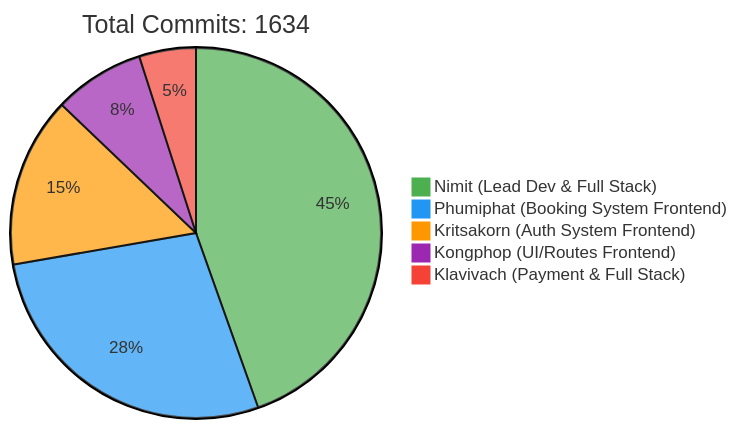
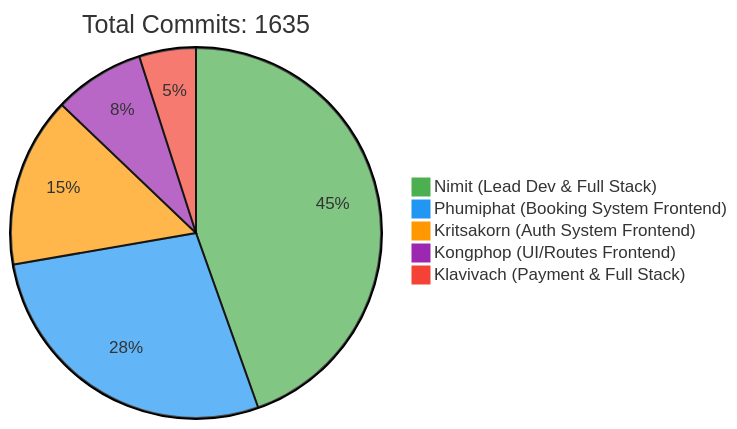
Before and after one commit to 6531503042/Sport-Complex: the first of 2 diagrams in README.md, drawn with Mermaid. The commit also changed other lines of this file, not shown here.

Commit message:
docs: Update contributor statistics [skip ci]

````diff
--- a/README.md
+++ b/README.md
@@ -257,10 +257,10 @@
 ```mermaid
 %%{init: {'theme': 'base', 'themeVariables': { 'pie1': '#4CAF50', 'pie2': '#2196F3', 'pie3': '#FF9800', 'pie4': '#9C27B0', 'pie5': '#F44336'}}}%%
 pie
-    title Total Commits: 1634
+    title Total Commits: 1635
     "Nimit (Lead Dev & Full Stack)" : 450
     "Phumiphat (Booking System Frontend)" : 280
     "Kritsakorn (Auth System Frontend)" : 150
     "Kongphop (UI/Routes Frontend)" : 80
     "Klavivach (Payment & Full Stack)" : 50
 ```
````
